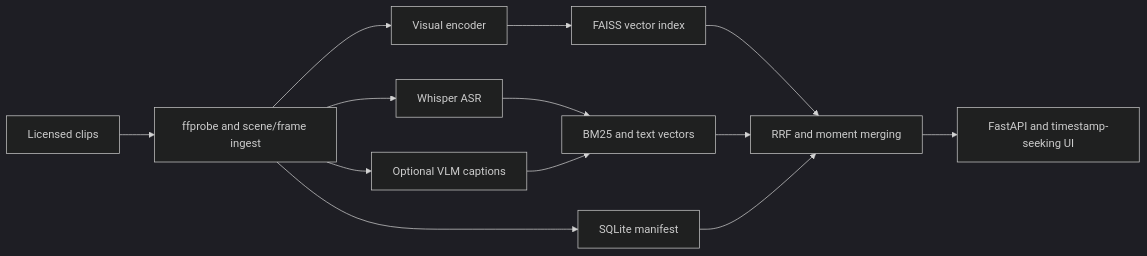
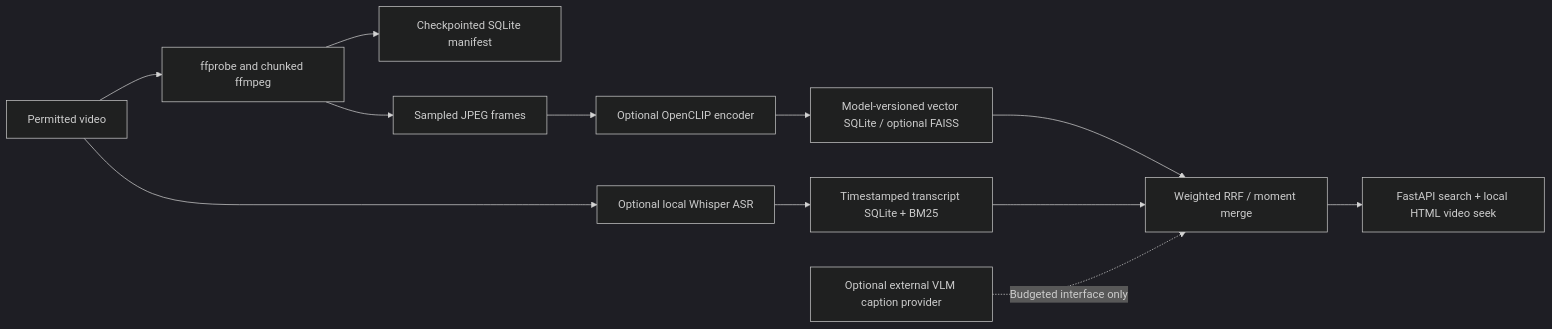
Before and after one commit to DanyVX/video-understanding-search: the diagram in README.md, drawn with Mermaid (dark theme). The commit also changed other lines of this file and 3 other files, not shown here.

Commit message:
docs: align architecture, limitations and reproducibility with working code

````diff
--- a/README.md
+++ b/README.md
@@ -36,15 +41,14 @@
 ```mermaid
 flowchart LR
-    A[Licensed clips] --> B[ffprobe and scene/frame ingest]
-    B --> C[Visual encoder]
-    B --> D[Whisper ASR]
-    B --> E[Optional VLM captions]
-    C --> F[FAISS vector index]
-    D --> G[BM25 and text vectors]
-    E --> G
-    F --> H[RRF and moment merging]
-    G --> H
-    H --> I[FastAPI and timestamp-seeking UI]
-    B --> J[SQLite manifest]
-    J --> H
+    A[Permitted video] --> B[ffprobe and chunked ffmpeg]
+    B --> C[Checkpointed SQLite manifest]
+    B --> D[Sampled JPEG frames]
+    D --> E[Optional OpenCLIP encoder]
+    E --> F[Model-versioned vector SQLite / optional FAISS]
+    A --> G[Optional local Whisper ASR]
+    G --> H[Timestamped transcript SQLite + BM25]
+    F --> I[Weighted RRF / moment merge]
+    H --> I
+    I --> J[FastAPI search + local HTML video seek]
+    K[Optional external VLM caption provider] -. Budgeted interface only .-> I
 ```
````
